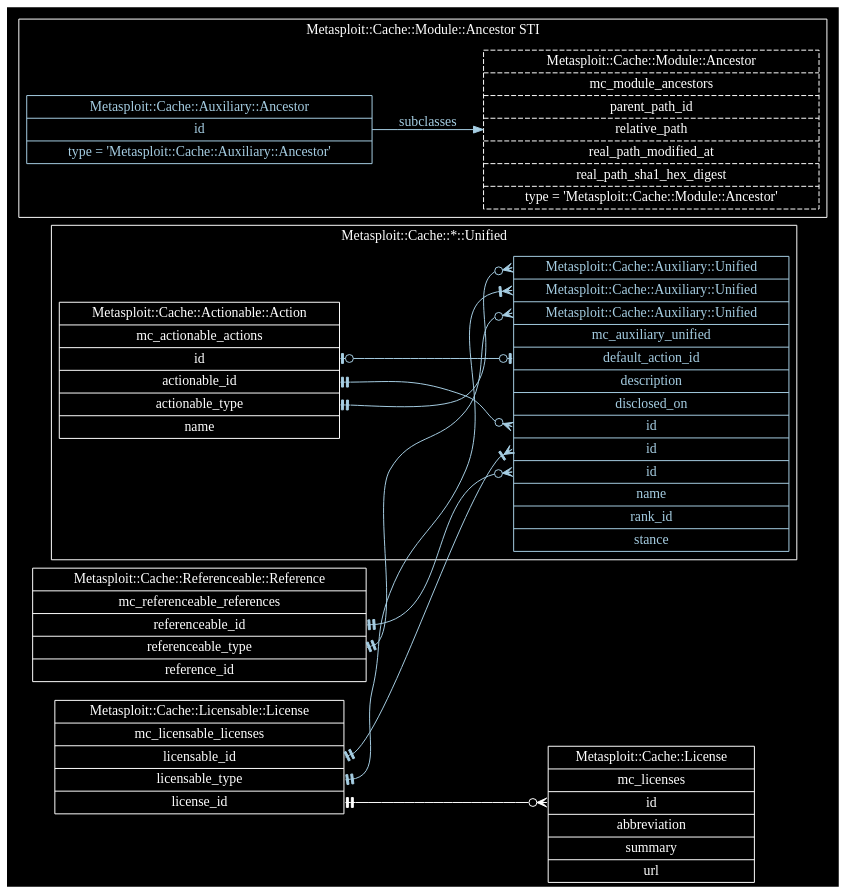
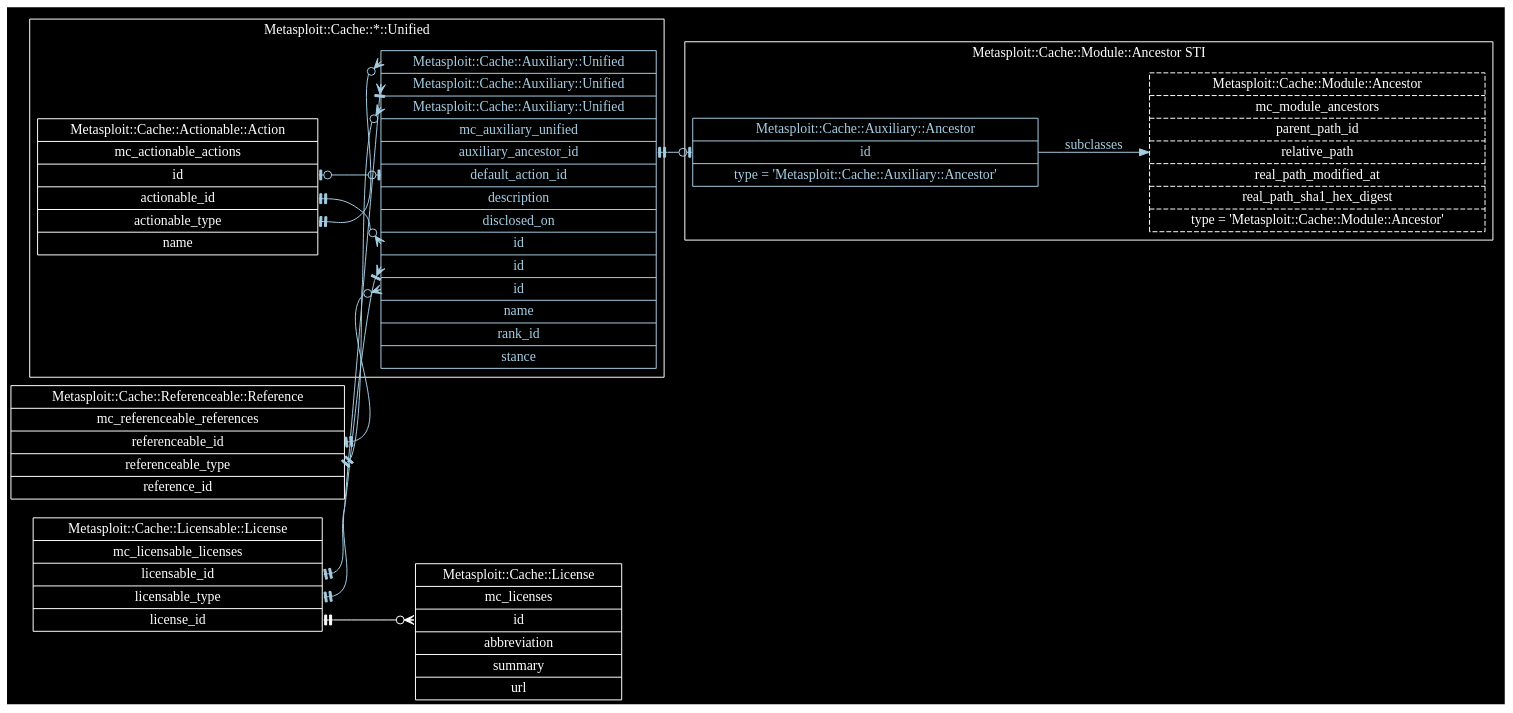
One commit to rapid7/metasploit-cache changed the diagram in docs/metasploit-cache-read-model.dot. Above: the diagram before and after it, drawn with Graphviz.

Commit message:
Auxiliary::Unified -> Auxiliary::Ancestor
MSP-12192

```diff
--- a/docs/metasploit-cache-read-model.dot
+++ b/docs/metasploit-cache-read-model.dot
@@ -1,122 +1,129 @@
 digraph "Metasploit::Cache Read Model" {
   edge [
     color = "white"
     fontcolor = "white"
   ]
   graph [
     bgcolor = "black"
     rankdir = "LR"
   ]
   node [
     color = "white"
     fontcolor = "white"
     shape = "record"
   ]
 
   "Metasploit::Cache::Actionable::Action" [
     label = "Metasploit::Cache::Actionable::Action | mc_actionable_actions | <id>id | <actionable_id>actionable_id | <actionable_type>actionable_type | name"
   ]
 
   "Metasploit::Cache::Actionable::Action":actionable_id -> "Metasploit::Cache::Auxiliary::Unified":id_for_actionable_id [
     arrowhead = "crowodot"
     arrowtail = "teetee"
     color = "/paired9/1"
     dir = "both"
   ]
 
   "Metasploit::Cache::Actionable::Action":actionable_type -> "Metasploit::Cache::Auxiliary::Unified":type_for_actionable_type [
     arrowhead = "crowodot"
     arrowtail = "teetee"
     color = "/paired9/1"
     dir = "both"
   ]
 
 
   "Metasploit::Cache::License" [
     label = "Metasploit::Cache::License | mc_licenses | <id>id | abbreviation | summary | url"
   ]
 
   "Metasploit::Cache::Licensable::License" [
     label = "Metasploit::Cache::Licensable::License | mc_licensable_licenses | <licensable_id>licensable_id | <licensable_type>licensable_type | <license_id>license_id"
   ]
 
   "Metasploit::Cache::Licensable::License":licensable_id -> "Metasploit::Cache::Auxiliary::Unified":id_for_licensable_id [
     arrowhead = "crowtee"
     arrowtail = "teetee"
     color = "/paired9/1"
     dir = "both"
   ]
 
   "Metasploit::Cache::Licensable::License":licensable_type -> "Metasploit::Cache::Auxiliary::Unified":type_for_licensable_type [
     arrowhead = "crowtee"
     arrowtail = "teetee"
     color = "/paired9/1"
     dir = "both"
   ]
 
   "Metasploit::Cache::Licensable::License":license_id -> "Metasploit::Cache::License":id [
     arrowhead = "crowodot"
     arrowtail = "teetee"
     dir = "both"
   ]
 
   "Metasploit::Cache::Referenceable::Reference" [
     label = "Metasploit::Cache::Referenceable::Reference | mc_referenceable_references | <referenceable_id>referenceable_id | <referenceable_type>referenceable_type | reference_id"
   ]
 
   "Metasploit::Cache::Referenceable::Reference":referenceable_id -> "Metasploit::Cache::Auxiliary::Unified":id_for_referenceable_id [
     arrowhead = "crowodot"
     arrowtail = "teetee"
     color = "/paired9/1"
     dir = "both"
   ]
 
   "Metasploit::Cache::Referenceable::Reference":referenceable_type -> "Metasploit::Cache::Auxiliary::Unified":type_for_referenceable_type [
     arrowhead = "crowodot"
     arrowtail = "teetee"
     color = "/paired9/1"
     dir = "both"
   ]
 
   subgraph cluster_mc_module_ancestors {
     color = "white"
     fontcolor = "white"
     label = "Metasploit::Cache::Module::Ancestor STI"
 
     "Metasploit::Cache::Module::Ancestor" [
       label = "Metasploit::Cache::Module::Ancestor | mc_module_ancestors | parent_path_id | relative_path | real_path_modified_at | real_path_sha1_hex_digest | type = 'Metasploit::Cache::Module::Ancestor'"
       style = "dashed"
     ]
 
     "Metasploit::Cache::Auxiliary::Ancestor" [
       fontcolor = "/paired9/1"
       label = "Metasploit::Cache::Auxiliary::Ancestor | <id>id | type = 'Metasploit::Cache::Auxiliary::Ancestor'"
       color = "/paired9/1"
     ]
 
     "Metasploit::Cache::Auxiliary::Ancestor" -> "Metasploit::Cache::Module::Ancestor" [
       color = "/paired9/1"
       fontcolor = "/paired9/1"
       label = "subclasses"
     ]
   }
 
   subgraph cluster_metasploit_cache_unified {
     color = "white"
     fontcolor = "white"
     label = "Metasploit::Cache::*::Unified"
 
     "Metasploit::Cache::Auxiliary::Unified" [
       color = "/paired9/1"
       fontcolor = "/paired9/1"
-      label = "<type_for_actionable_type>Metasploit::Cache::Auxiliary::Unified | <type_for_licensable_type>Metasploit::Cache::Auxiliary::Unified | <type_for_referenceable_type>Metasploit::Cache::Auxiliary::Unified | mc_auxiliary_unified | <default_action_id>default_action_id | description | disclosed_on | <id_for_actionable_id>id | <id_for_licensable_id>id | <id_for_referenceable_id>id | name | rank_id | stance"
+      label = "<type_for_actionable_type>Metasploit::Cache::Auxiliary::Unified | <type_for_licensable_type>Metasploit::Cache::Auxiliary::Unified | <type_for_referenceable_type>Metasploit::Cache::Auxiliary::Unified | mc_auxiliary_unified | <auxiliary_ancestor_id>auxiliary_ancestor_id | <default_action_id>default_action_id | description | disclosed_on | <id_for_actionable_id>id | <id_for_licensable_id>id | <id_for_referenceable_id>id | name | rank_id | stance"
+    ]
+
+    "Metasploit::Cache::Auxiliary::Unified":auxiliary_ancestor_id -> "Metasploit::Cache::Auxiliary::Ancestor":id [
+      arrowhead = "teeodot"
+      arrowtail = "teetee"
+      color = "/paired9/1"
+      dir = "both"
     ]
 
     "Metasploit::Cache::Auxiliary::Unified":default_action_id -> "Metasploit::Cache::Actionable::Action":id [
       arrowhead = "teeodot"
       arrowtail = "teeodot"
       color = "/paired9/1"
       dir = "both"
     ]
   }
 }
```
